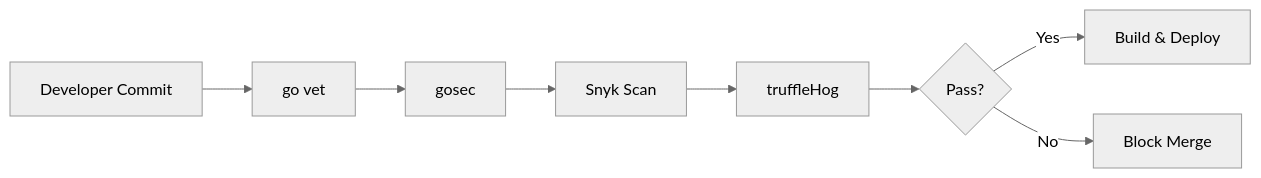
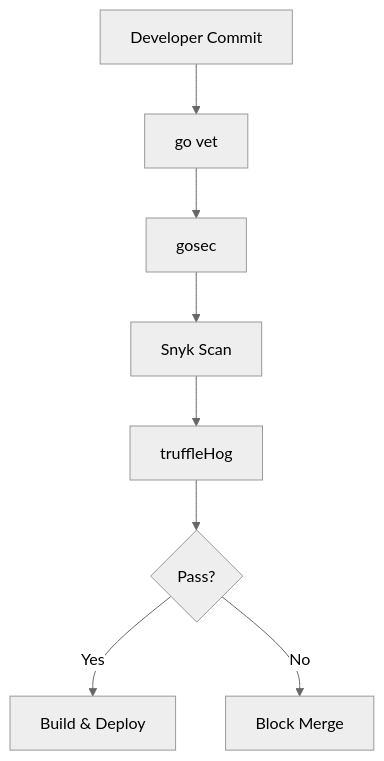
The second of 3 diagrams in Software Engineering/02 - Go Engineering/04 - DevSecOps and CLI Tools/02 - Security Scanning and Hardening.md (Leito2/Learning), drawn with Mermaid (neutral theme) before and after one commit. The commit also changed other lines of this file and 41 other files, not shown here.

````diff
--- a/Software Engineering/02 - Go Engineering/04 - DevSecOps and CLI Tools/02 - Security Scanning and Hardening.md
+++ b/Software Engineering/02 - Go Engineering/04 - DevSecOps and CLI Tools/02 - Security Scanning and Hardening.md
@@ -40,10 +236,10 @@
 ```mermaid
-flowchart LR
+flowchart TB
     A[Developer Commit] --> B[go vet]
     B --> C[gosec]
     C --> D[Snyk Scan]
     D --> E[truffleHog]
     E --> F{Pass?}
     F -->|Yes| G[Build & Deploy]
     F -->|No| H[Block Merge]
 ```
````
